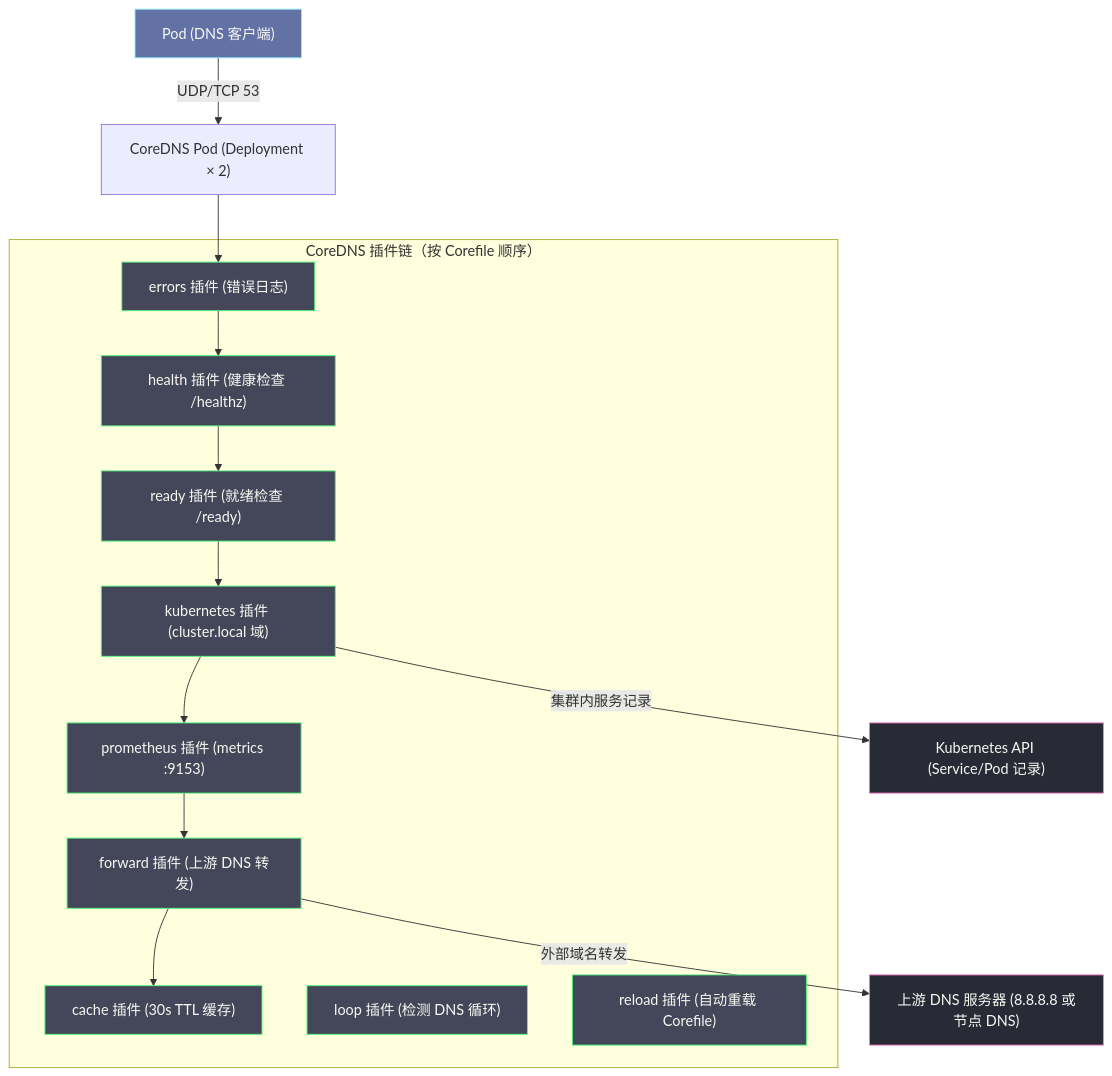
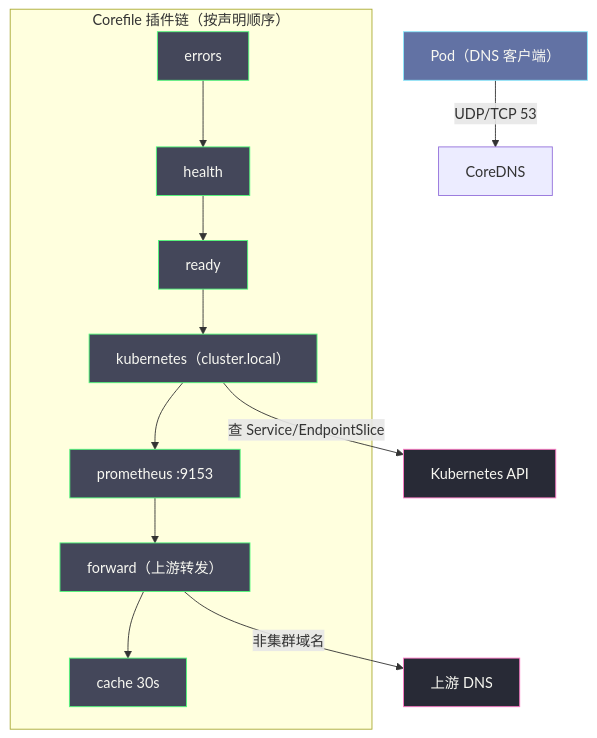
The first of 2 diagrams in content/云原生/Kubernetes/kubernetes网络原理与插件/07 NetworkPolicy与CoreDNS——网络安全策略与集群DNS.md (hpliStartAgain/my-brain), drawn with Mermaid before and after one commit. The commit also changed other lines of this file and 29 other files, not shown here.

````diff
--- a/content/云原生/Kubernetes/kubernetes网络原理与插件/07 NetworkPolicy与CoreDNS——网络安全策略与集群DNS.md
+++ b/content/云原生/Kubernetes/kubernetes网络原理与插件/07 NetworkPolicy与CoreDNS——网络安全策略与集群DNS.md
@@ -339,40 +373,22 @@
 ```mermaid
 %%{init: {'theme': 'dracula'}}%%
 graph TD
     classDef pod fill:#6272a4,stroke:#8be9fd,color:#f8f8f2
     classDef plugin fill:#44475a,stroke:#50fa7b,color:#f8f8f2
-    classDef external fill:#282a36,stroke:#ff79c6,color:#f8f8f2
+    classDef ext fill:#282a36,stroke:#ff79c6,color:#f8f8f2
 
-    Client["Pod (DNS 客户端)"]
-    CoreDNS["CoreDNS Pod (Deployment × 2)"]
-
-    subgraph "CoreDNS 插件链（按 Corefile 顺序）"
-        errors["errors 插件 (错误日志)"]
-        health["health 插件 (健康检查 /healthz)"]
-        ready["ready 插件 (就绪检查 /ready)"]
-        kubernetes["kubernetes 插件 (cluster.local 域)"]
-        prometheus["prometheus 插件 (metrics :9153)"]
-        forward["forward 插件 (上游 DNS 转发)"]
-        cache["cache 插件 (30s TTL 缓存)"]
-        loop["loop 插件 (检测 DNS 循环)"]
-        reload["reload 插件 (自动重载 Corefile)"]
+    Client["Pod（DNS 客户端）"] -->|"UDP/TCP 53"| Core["CoreDNS"]
+    subgraph "Corefile 插件链（按声明顺序）"
+        errors["errors"] --> health["health"] --> ready["ready"]
+        ready --> k8s["kubernetes（cluster.local）"]
+        k8s --> prom["prometheus :9153"]
+        prom --> fwd["forward（上游转发）"]
+        fwd --> cache["cache 30s"]
     end
-
-    UpstreamDNS["上游 DNS 服务器 (8.8.8.8 或节点 DNS)"]
-    K8sAPI["Kubernetes API (Service/Pod 记录)"]
-
-    Client -->|"UDP/TCP 53"| CoreDNS
-    CoreDNS --> errors
-    errors --> health
-    health --> ready
-    ready --> kubernetes
-    kubernetes -->|"集群内服务记录"| K8sAPI
-    kubernetes --> prometheus
-    prometheus --> forward
-    forward -->|"外部域名转发"| UpstreamDNS
-    forward --> cache
+    k8s -->|"查 Service/EndpointSlice"| API["Kubernetes API"]
+    fwd -->|"非集群域名"| Up["上游 DNS"]
 
     class Client pod
-    class errors,health,ready,kubernetes,prometheus,forward,cache,loop,reload plugin
-    class UpstreamDNS,K8sAPI external
+    class errors,health,ready,k8s,prom,fwd,cache plugin
+    class API,Up ext
 ```
````
